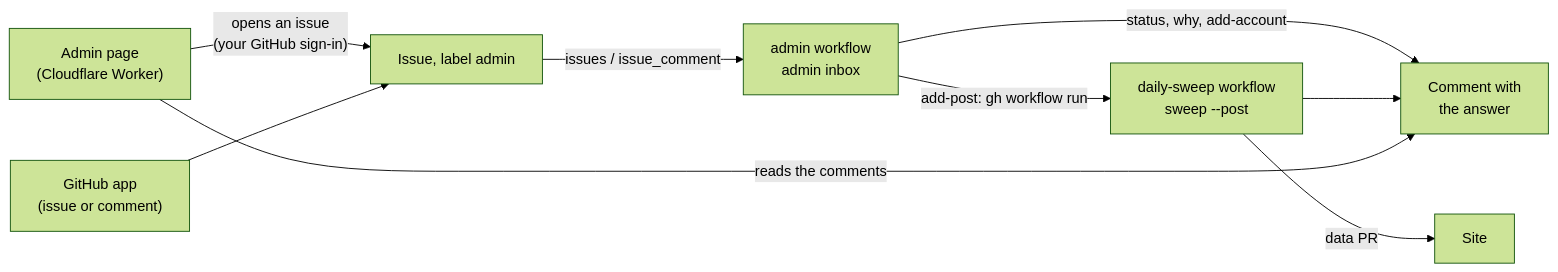
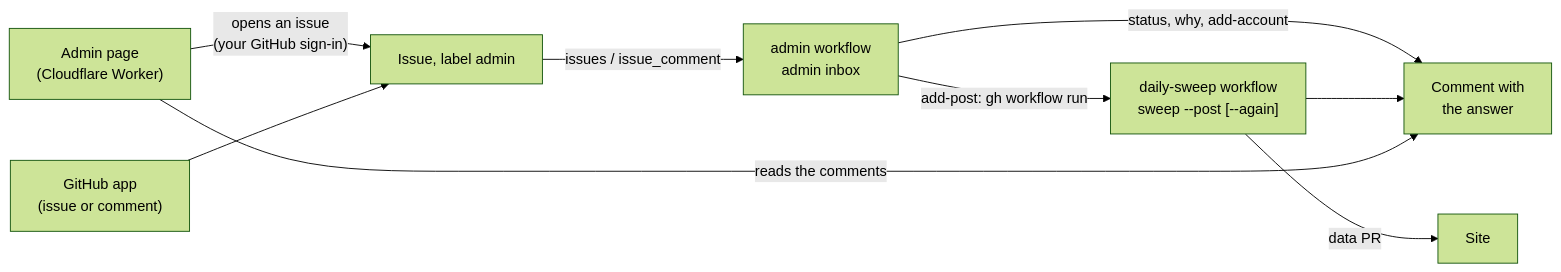
One commit to pa-bailar/backend changed the diagram in docs/ADMIN.md. Above: the diagram before and after it, drawn with Mermaid (forest theme). The commit also changed other lines of this file and 2 other files, not shown here.

````diff
--- a/docs/ADMIN.md
+++ b/docs/ADMIN.md
@@ -131,11 +139,11 @@
 ```mermaid
 flowchart LR
     P["Admin page<br/>(Cloudflare Worker)"] -- "opens an issue<br/>(your GitHub sign-in)" --> I["Issue, label admin"]
     G["GitHub app<br/>(issue or comment)"] --> I
     I -- "issues / issue_comment" --> A["admin workflow<br/>admin inbox"]
     A -- "status, why, add-account" --> C["Comment with<br/>the answer"]
-    A -- "add-post: gh workflow run" --> S["daily-sweep workflow<br/>sweep --post"]
+    A -- "add-post: gh workflow run" --> S["daily-sweep workflow<br/>sweep --post [--again]"]
     S -- "data PR" --> SITE["Site"]
     S --> C
     P -- "reads the comments" --> C
 ```
````
